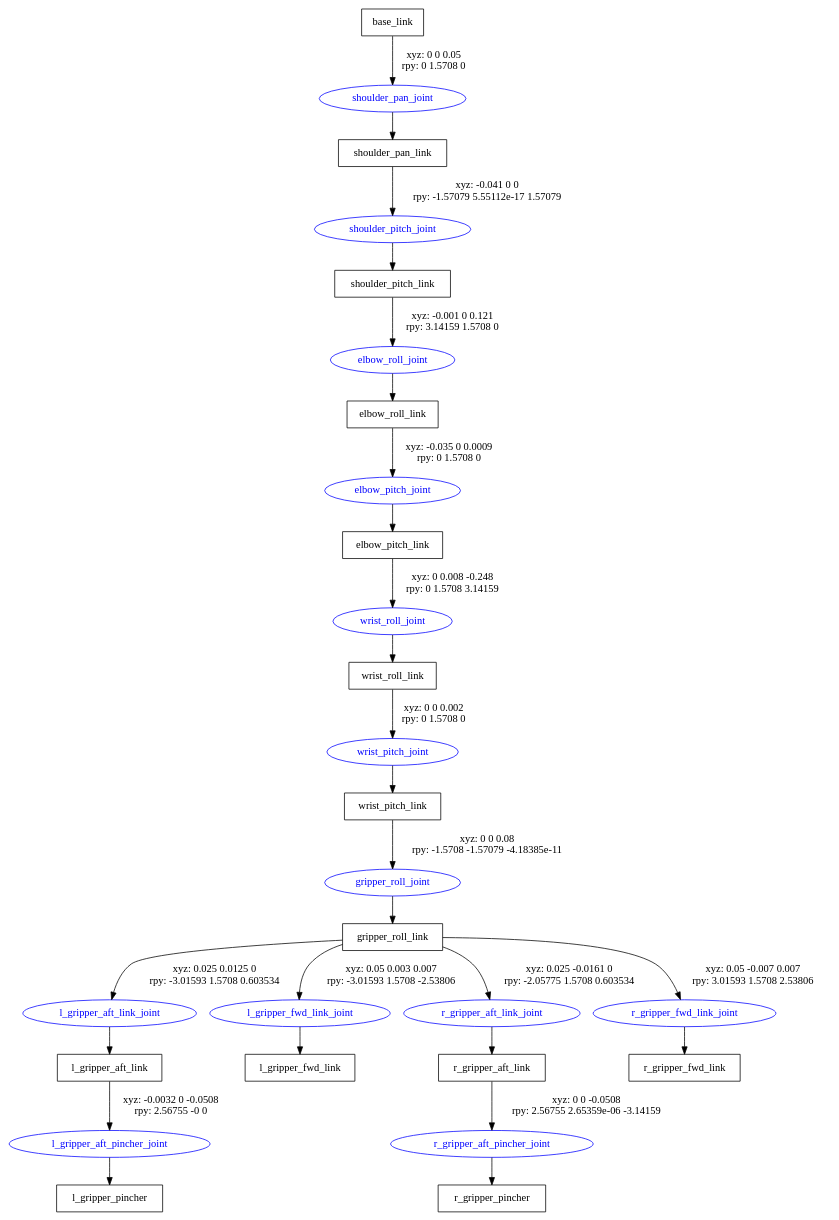
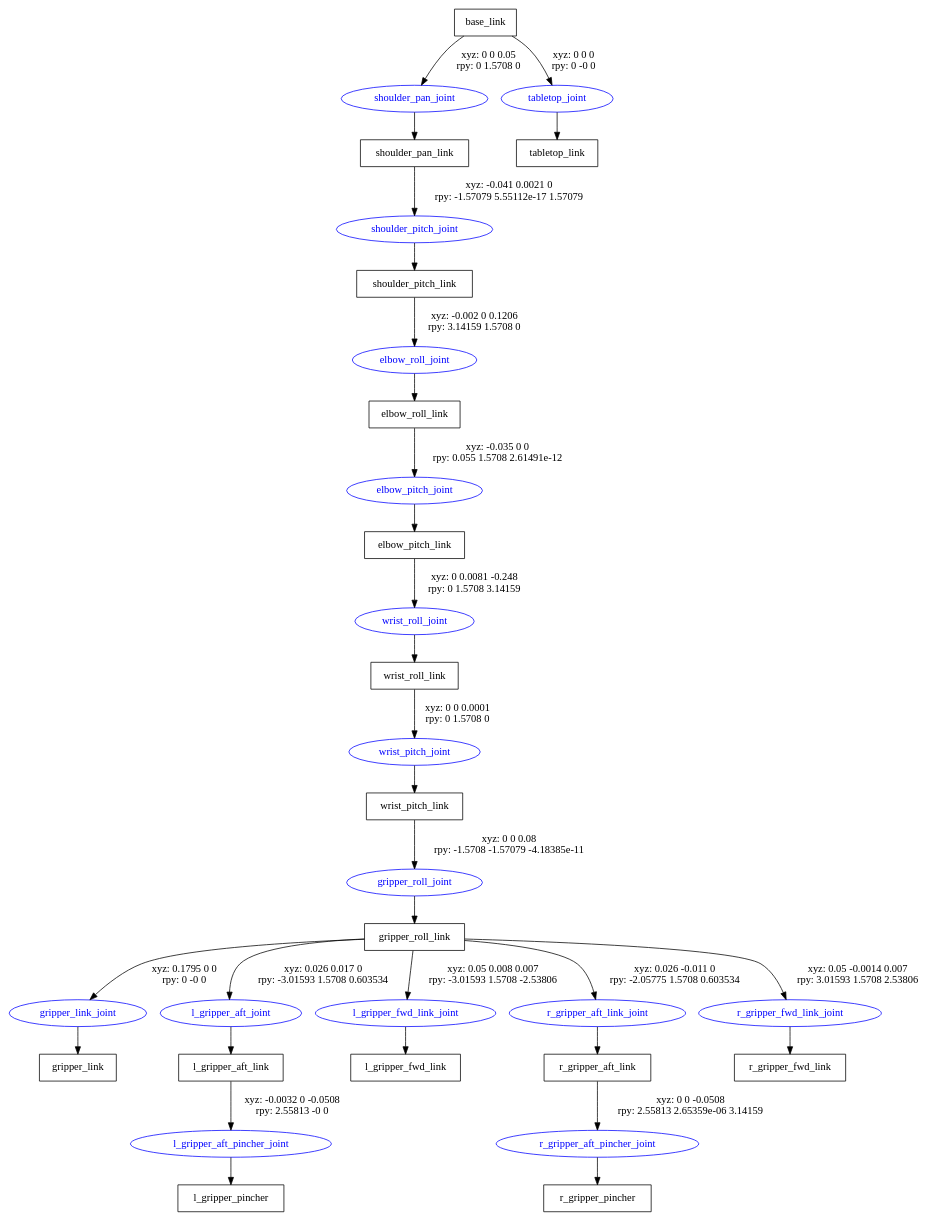
The diagram in clam_description/urdf/clam.gv (davetcoleman/clam_rosbuild), drawn with Graphviz before and after one commit. The commit also changed 148 other files, not shown here.

```diff
--- a/clam_description/urdf/clam.gv
+++ b/clam_description/urdf/clam.gv
@@ -1,44 +1,50 @@
 digraph G {
 node [shape=box];
 "base_link" [label="base_link"];
 "shoulder_pan_link" [label="shoulder_pan_link"];
 "shoulder_pitch_link" [label="shoulder_pitch_link"];
 "elbow_roll_link" [label="elbow_roll_link"];
 "elbow_pitch_link" [label="elbow_pitch_link"];
 "wrist_roll_link" [label="wrist_roll_link"];
 "wrist_pitch_link" [label="wrist_pitch_link"];
 "gripper_roll_link" [label="gripper_roll_link"];
+"gripper_link" [label="gripper_link"];
 "l_gripper_aft_link" [label="l_gripper_aft_link"];
 "l_gripper_pincher" [label="l_gripper_pincher"];
 "l_gripper_fwd_link" [label="l_gripper_fwd_link"];
 "r_gripper_aft_link" [label="r_gripper_aft_link"];
 "r_gripper_pincher" [label="r_gripper_pincher"];
 "r_gripper_fwd_link" [label="r_gripper_fwd_link"];
+"tabletop_link" [label="tabletop_link"];
 node [shape=ellipse, color=blue, fontcolor=blue];
 "base_link" -> "shoulder_pan_joint" [label="xyz: 0 0 0.05 \nrpy: 0 1.5708 0"]
 "shoulder_pan_joint" -> "shoulder_pan_link"
-"shoulder_pan_link" -> "shoulder_pitch_joint" [label="xyz: -0.041 0 0 \nrpy: -1.57079 5.55112e-17 1.57079"]
+"shoulder_pan_link" -> "shoulder_pitch_joint" [label="xyz: -0.041 0.0021 0 \nrpy: -1.57079 5.55112e-17 1.57079"]
 "shoulder_pitch_joint" -> "shoulder_pitch_link"
-"shoulder_pitch_link" -> "elbow_roll_joint" [label="xyz: -0.001 0 0.121 \nrpy: 3.14159 1.5708 0"]
+"shoulder_pitch_link" -> "elbow_roll_joint" [label="xyz: -0.002 0 0.1206 \nrpy: 3.14159 1.5708 0"]
 "elbow_roll_joint" -> "elbow_roll_link"
-"elbow_roll_link" -> "elbow_pitch_joint" [label="xyz: -0.035 0 0.0009 \nrpy: 0 1.5708 0"]
+"elbow_roll_link" -> "elbow_pitch_joint" [label="xyz: -0.035 0 0 \nrpy: 0.055 1.5708 2.61491e-12"]
 "elbow_pitch_joint" -> "elbow_pitch_link"
-"elbow_pitch_link" -> "wrist_roll_joint" [label="xyz: 0 0.008 -0.248 \nrpy: 0 1.5708 3.14159"]
+"elbow_pitch_link" -> "wrist_roll_joint" [label="xyz: 0 0.0081 -0.248 \nrpy: 0 1.5708 3.14159"]
 "wrist_roll_joint" -> "wrist_roll_link"
-"wrist_roll_link" -> "wrist_pitch_joint" [label="xyz: 0 0 0.002 \nrpy: 0 1.5708 0"]
+"wrist_roll_link" -> "wrist_pitch_joint" [label="xyz: 0 0 0.0001 \nrpy: 0 1.5708 0"]
 "wrist_pitch_joint" -> "wrist_pitch_link"
 "wrist_pitch_link" -> "gripper_roll_joint" [label="xyz: 0 0 0.08 \nrpy: -1.5708 -1.57079 -4.18385e-11"]
 "gripper_roll_joint" -> "gripper_roll_link"
-"gripper_roll_link" -> "l_gripper_aft_link_joint" [label="xyz: 0.025 0.0125 0 \nrpy: -3.01593 1.5708 0.603534"]
-"l_gripper_aft_link_joint" -> "l_gripper_aft_link"
-"l_gripper_aft_link" -> "l_gripper_aft_pincher_joint" [label="xyz: -0.0032 0 -0.0508 \nrpy: 2.56755 -0 0"]
+"gripper_roll_link" -> "gripper_link_joint" [label="xyz: 0.1795 0 0 \nrpy: 0 -0 0"]
+"gripper_link_joint" -> "gripper_link"
+"gripper_roll_link" -> "l_gripper_aft_joint" [label="xyz: 0.026 0.017 0 \nrpy: -3.01593 1.5708 0.603534"]
+"l_gripper_aft_joint" -> "l_gripper_aft_link"
+"l_gripper_aft_link" -> "l_gripper_aft_pincher_joint" [label="xyz: -0.0032 0 -0.0508 \nrpy: 2.55813 -0 0"]
 "l_gripper_aft_pincher_joint" -> "l_gripper_pincher"
-"gripper_roll_link" -> "l_gripper_fwd_link_joint" [label="xyz: 0.05 0.003 0.007 \nrpy: -3.01593 1.5708 -2.53806"]
+"gripper_roll_link" -> "l_gripper_fwd_link_joint" [label="xyz: 0.05 0.008 0.007 \nrpy: -3.01593 1.5708 -2.53806"]
 "l_gripper_fwd_link_joint" -> "l_gripper_fwd_link"
-"gripper_roll_link" -> "r_gripper_aft_link_joint" [label="xyz: 0.025 -0.0161 0 \nrpy: -2.05775 1.5708 0.603534"]
+"gripper_roll_link" -> "r_gripper_aft_link_joint" [label="xyz: 0.026 -0.011 0 \nrpy: -2.05775 1.5708 0.603534"]
 "r_gripper_aft_link_joint" -> "r_gripper_aft_link"
-"r_gripper_aft_link" -> "r_gripper_aft_pincher_joint" [label="xyz: 0 0 -0.0508 \nrpy: 2.56755 2.65359e-06 -3.14159"]
+"r_gripper_aft_link" -> "r_gripper_aft_pincher_joint" [label="xyz: 0 0 -0.0508 \nrpy: 2.55813 2.65359e-06 3.14159"]
 "r_gripper_aft_pincher_joint" -> "r_gripper_pincher"
-"gripper_roll_link" -> "r_gripper_fwd_link_joint" [label="xyz: 0.05 -0.007 0.007 \nrpy: 3.01593 1.5708 2.53806"]
+"gripper_roll_link" -> "r_gripper_fwd_link_joint" [label="xyz: 0.05 -0.0014 0.007 \nrpy: 3.01593 1.5708 2.53806"]
 "r_gripper_fwd_link_joint" -> "r_gripper_fwd_link"
+"base_link" -> "tabletop_joint" [label="xyz: 0 0 0 \nrpy: 0 -0 0"]
+"tabletop_joint" -> "tabletop_link"
 }
```
